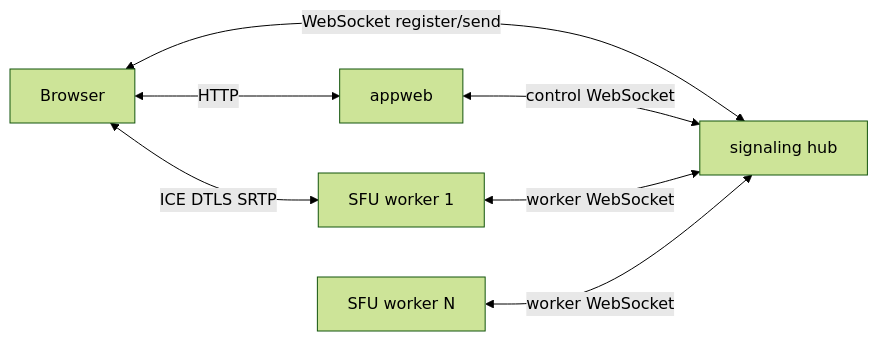
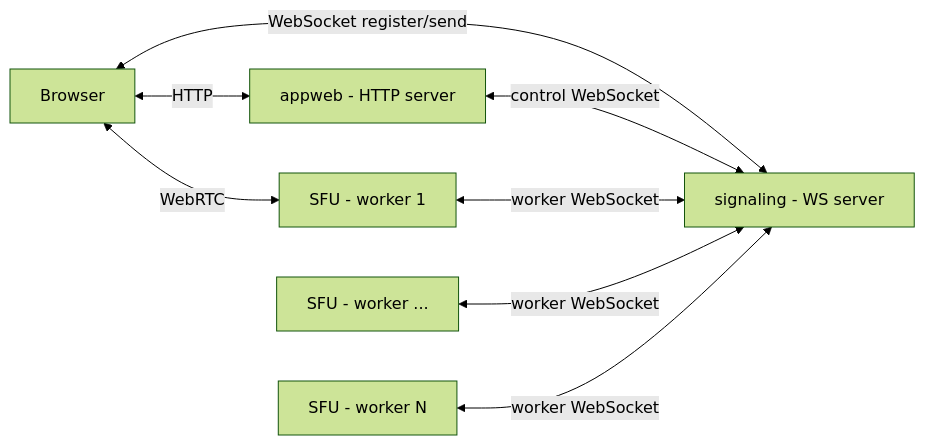
Before and after one commit to webrtc-rs/apprtc: the first of 3 diagrams in docs/design/apprtc-signaling-architecture-design.md, drawn with Mermaid (forest theme). The commit also changed other lines of this file, not shown here.

````diff
--- a/docs/design/apprtc-signaling-architecture-design.md
+++ b/docs/design/apprtc-signaling-architecture-design.md
@@ -24,9 +41,10 @@
 ```mermaid
 flowchart LR
-    B[Browser] <-- HTTP --> A[appweb]
-    B <-- WebSocket register/send --> S[signaling hub]
+    B[Browser] <-- HTTP --> A[appweb - HTTP server]
+    B <-- WebSocket register/send --> S[signaling - WS server]
     A <-- control WebSocket --> S
-    F1[SFU worker 1] <-- worker WebSocket --> S
-    F2[SFU worker N] <-- worker WebSocket --> S
-    B <-- ICE DTLS SRTP --> F1
+    F1[SFU - worker 1] <-- worker WebSocket --> S
+    FK[SFU - worker ...] <-- worker WebSocket --> S
+    FN[SFU - worker N] <-- worker WebSocket --> S
+    B <-- WebRTC --> F1
 ```
````
